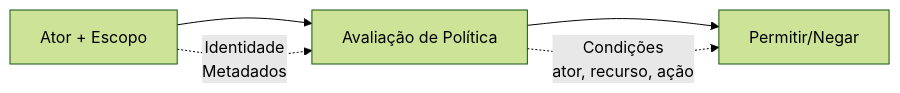
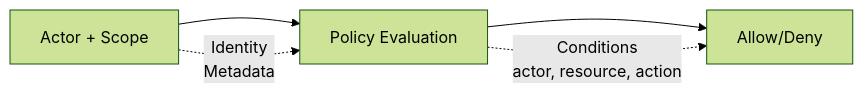
One commit to wippyai/docs changed the diagram in pt/system/security.md. Above: the diagram before and after it, drawn with Mermaid (forest theme). The commit also changed other lines of this file and 870 other files, not shown here.

````diff
--- a/pt/system/security.md
+++ b/pt/system/security.md
@@ -10,6 +12,6 @@
 ```mermaid
 flowchart LR
-    A[Ator + Escopo] --> PE[Avaliação de Política] --> AD[Permitir/Negar]
-    A -.->|Identidade<br/>Metadados| PE
-    PE -.->|Condições<br/>ator, recurso, ação| AD
+    A[Actor + Scope] --> PE[Policy Evaluation] --> AD[Allow/Deny]
+    A -.->|Identity<br/>Metadata| PE
+    PE -.->|Conditions<br/>actor, resource, action| AD
 ```
````
